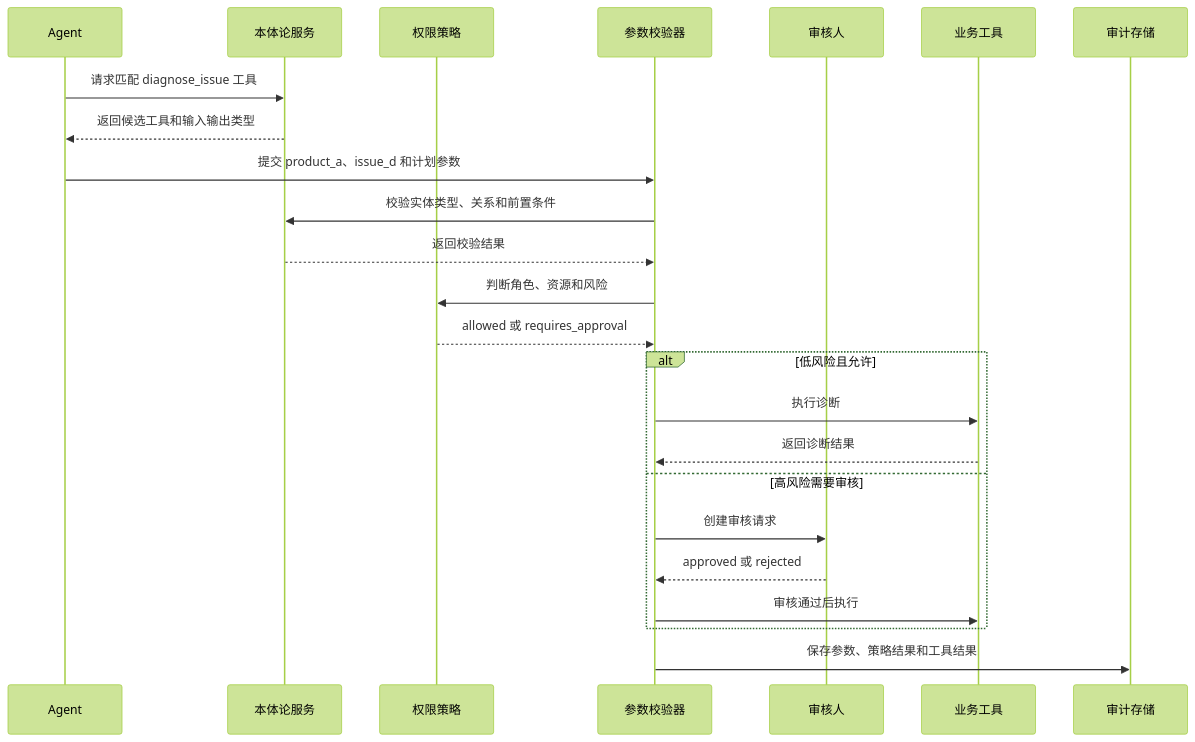
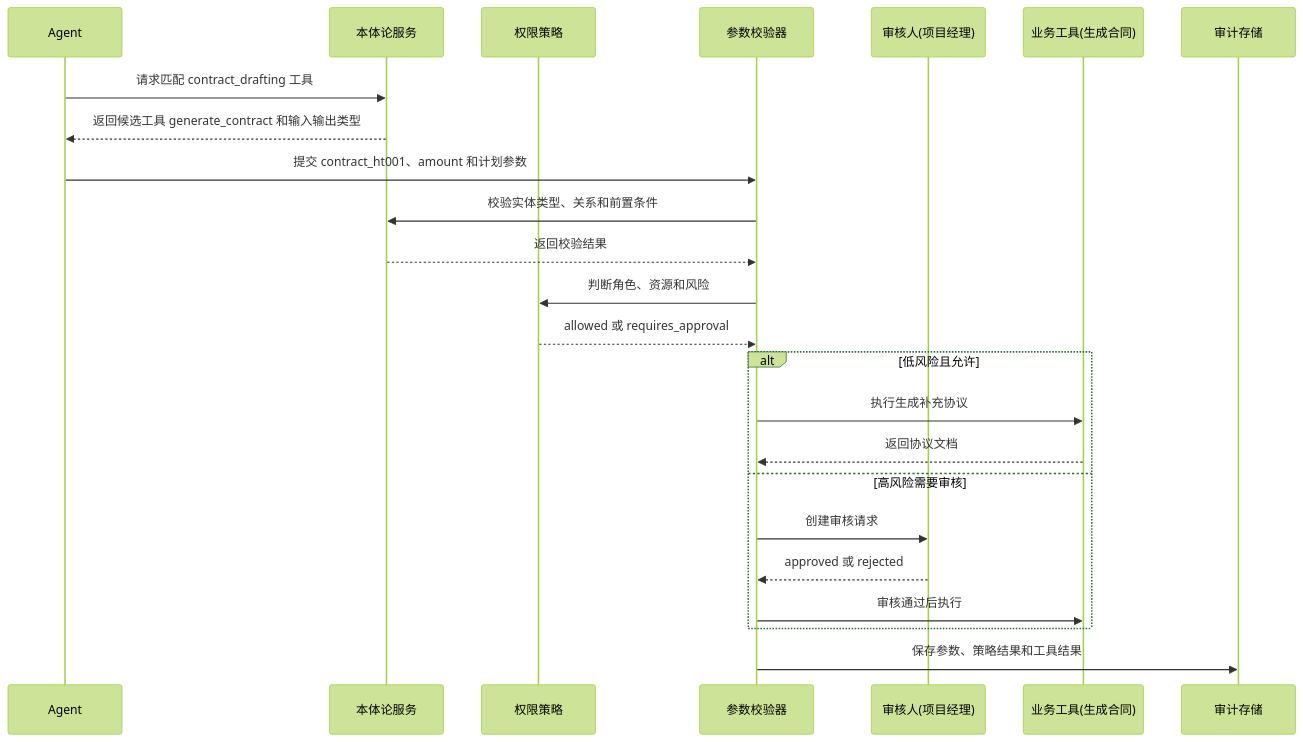
The third of 4 diagrams in 本体论-agent/05-Agent集成/14.本体论驱动工具选择和参数校验.md (sealzrt/2026-08--agent), drawn with Mermaid (forest theme) before and after one commit. The commit also changed other lines of this file and 62 other files, not shown here.

````diff
--- a/本体论-agent/05-Agent集成/14.本体论驱动工具选择和参数校验.md
+++ b/本体论-agent/05-Agent集成/14.本体论驱动工具选择和参数校验.md
@@ -56,27 +115,27 @@
 ```mermaid
 sequenceDiagram
     participant A as Agent
     participant O as 本体论服务
     participant R as 权限策略
     participant V as 参数校验器
-    participant H as 审核人
-    participant T as 业务工具
+    participant H as 审核人(项目经理)
+    participant T as 业务工具(生成合同)
     participant E as 审计存储
 
-    A->>O: 请求匹配 diagnose_issue 工具
-    O-->>A: 返回候选工具和输入输出类型
-    A->>V: 提交 product_a、issue_d 和计划参数
+    A->>O: 请求匹配 contract_drafting 工具
+    O-->>A: 返回候选工具 generate_contract 和输入输出类型
+    A->>V: 提交 contract_ht001、amount 和计划参数
     V->>O: 校验实体类型、关系和前置条件
     O-->>V: 返回校验结果
     V->>R: 判断角色、资源和风险
     R-->>V: allowed 或 requires_approval
     alt 低风险且允许
-        V->>T: 执行诊断
-        T-->>V: 返回诊断结果
+        V->>T: 执行生成补充协议
+        T-->>V: 返回协议文档
     else 高风险需要审核
         V->>H: 创建审核请求
         H-->>V: approved 或 rejected
         V->>T: 审核通过后执行
     end
     V->>E: 保存参数、策略结果和工具结果
 ```
````
